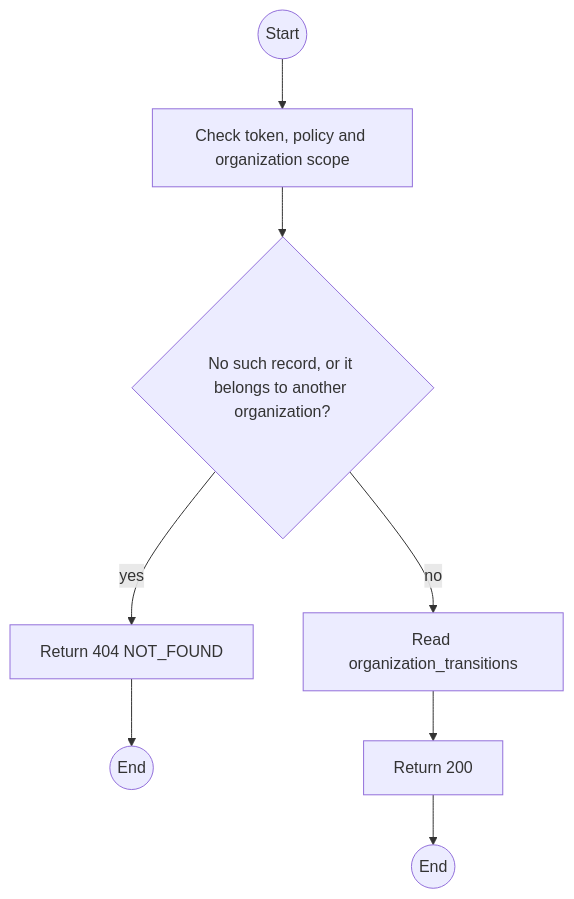
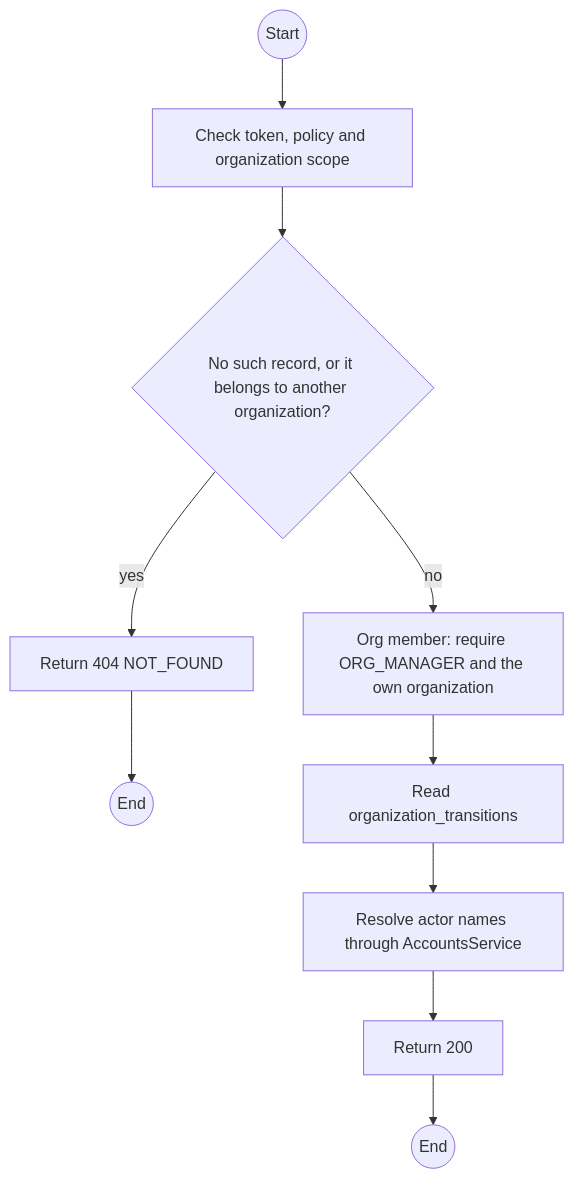
Before and after one commit to TrekLink-Team/treklink-web: the first of 2 diagrams in specs/organizations/api-design/11-get-organizations-id-transitions.md, drawn with Mermaid. The commit also changed other lines of this file and 7 other files, not shown here.

````diff
--- a/specs/organizations/api-design/11-get-organizations-id-transitions.md
+++ b/specs/organizations/api-design/11-get-organizations-id-transitions.md
@@ -112,16 +144,20 @@
 ```mermaid
 flowchart TB
     S((Start))
     A0["Check token, policy and organization scope"]
     S --> A0
     D1{"No such record, or it belongs to another organization?"}
     A0 --> D1
     E1["Return 404 NOT_FOUND"]
     D1 -->|yes| E1
     E1 --> X1((End))
-    P0["Read organization_transitions"]
+    P0["Org member: require ORG_MANAGER and the own organization"]
     D1 -->|no| P0
+    P1["Read organization_transitions"]
+    P0 --> P1
+    P2["Resolve actor names through AccountsService"]
+    P1 --> P2
     OK["Return 200"]
-    P0 --> OK
+    P2 --> OK
     OK --> Z((End))
 ```
````
